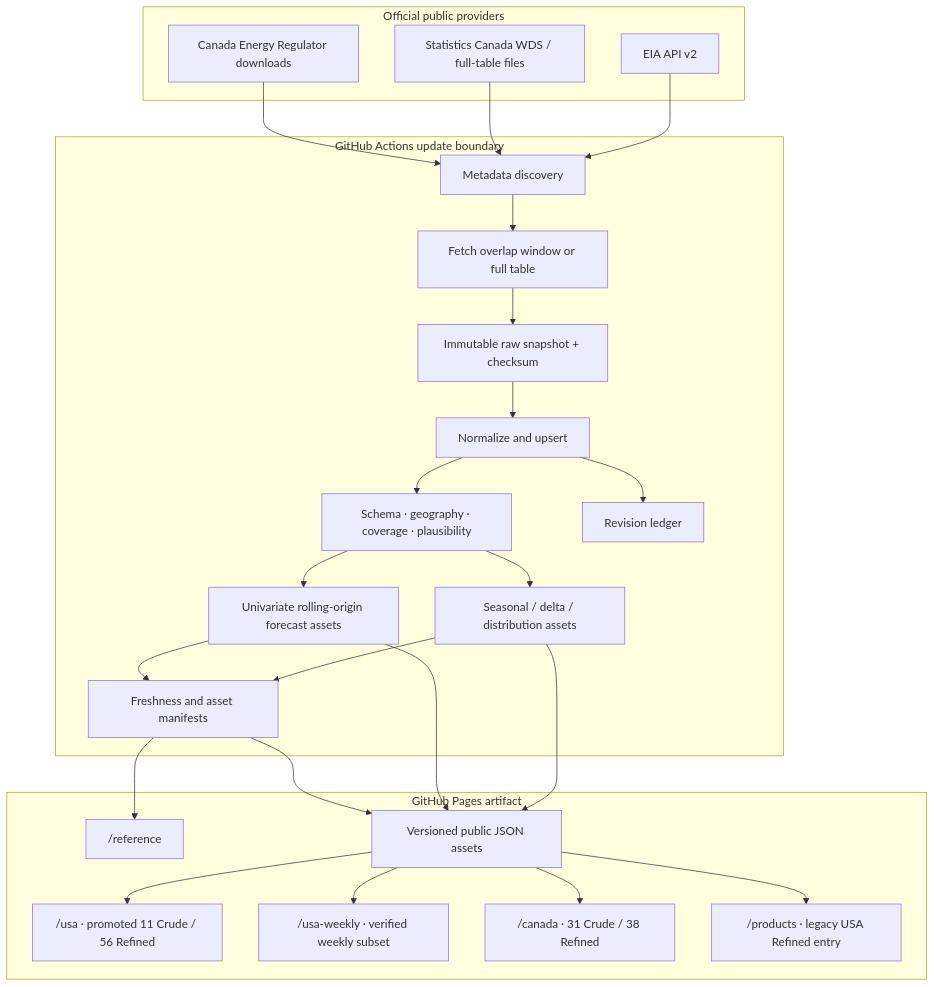
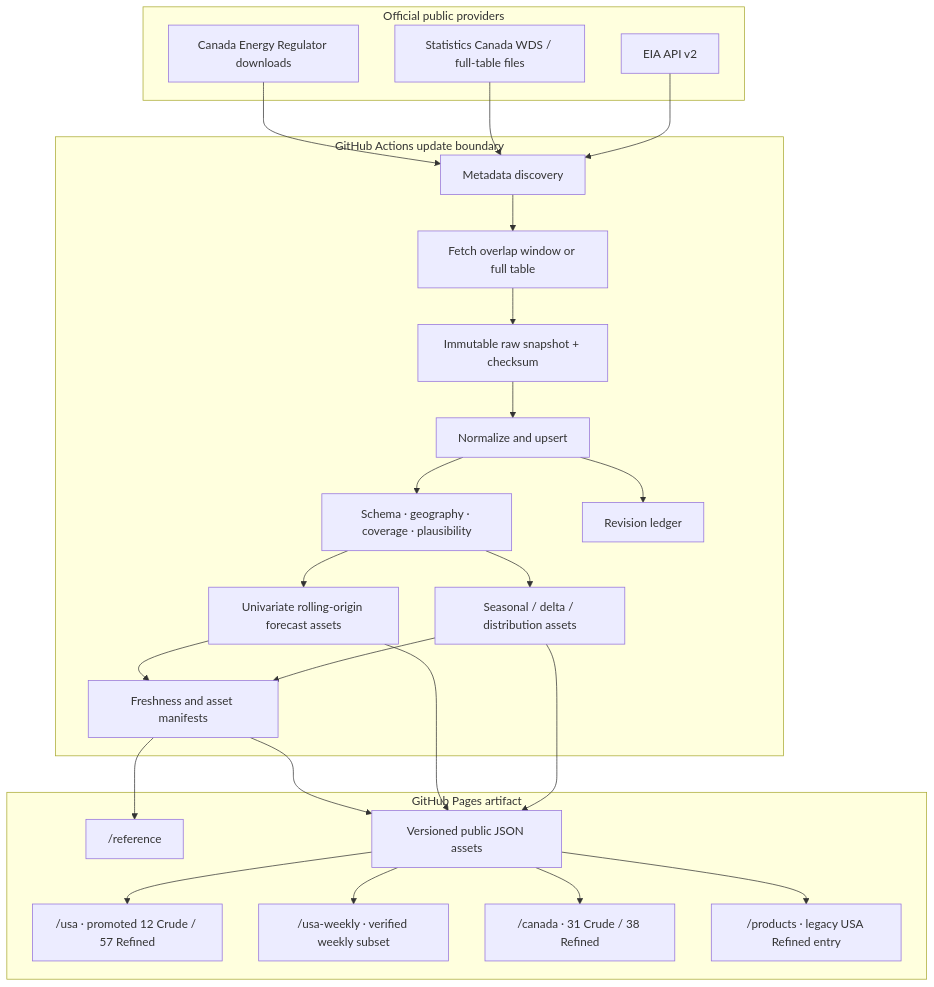
One commit to Aftikharmnz/USA_Canada_public_data_oil_and_gas_01 changed the diagram in docs/architecture.md. Above: the diagram before and after it, drawn with Mermaid. The commit also changed other lines of this file and 7 other files, not shown here.

````diff
--- a/docs/architecture.md
+++ b/docs/architecture.md
@@ -15,44 +15,44 @@
 ```mermaid
 flowchart TB
     subgraph Upstream["Official public providers"]
       EIA["EIA API v2"]
       STC["Statistics Canada WDS / full-table files"]
       CER["Canada Energy Regulator downloads"]
     end
 
     subgraph Update["GitHub Actions update boundary"]
       Discover["Metadata discovery"]
       Fetch["Fetch overlap window or full table"]
       Raw["Immutable raw snapshot + checksum"]
       Canon["Normalize and upsert"]
       Validate["Schema · geography · coverage · plausibility"]
       Rev["Revision ledger"]
       Derive["Seasonal / delta / distribution assets"]
       Forecast["Univariate rolling-origin forecast assets"]
       Manifest["Freshness and asset manifests"]
     end
 
     subgraph Static["GitHub Pages artifact"]
-      USA["/usa · promoted 11 Crude / 56 Refined"]
+      USA["/usa · promoted 12 Crude / 57 Refined"]
       USAWeekly["/usa-weekly · verified weekly subset"]
       CAN["/canada · 31 Crude / 38 Refined"]
       Reference["/reference"]
       Legacy["/products · legacy USA Refined entry"]
       Data["Versioned public JSON assets"]
     end
 
     EIA --> Discover
     STC --> Discover
     CER --> Discover
     Discover --> Fetch --> Raw --> Canon --> Validate
     Canon --> Rev
     Validate --> Derive --> Data
     Validate --> Forecast --> Data
     Derive --> Manifest --> Data
     Forecast --> Manifest
     Data --> USA
     Data --> USAWeekly
     Data --> CAN
     Manifest --> Reference
     Data --> Legacy
 ```
````
